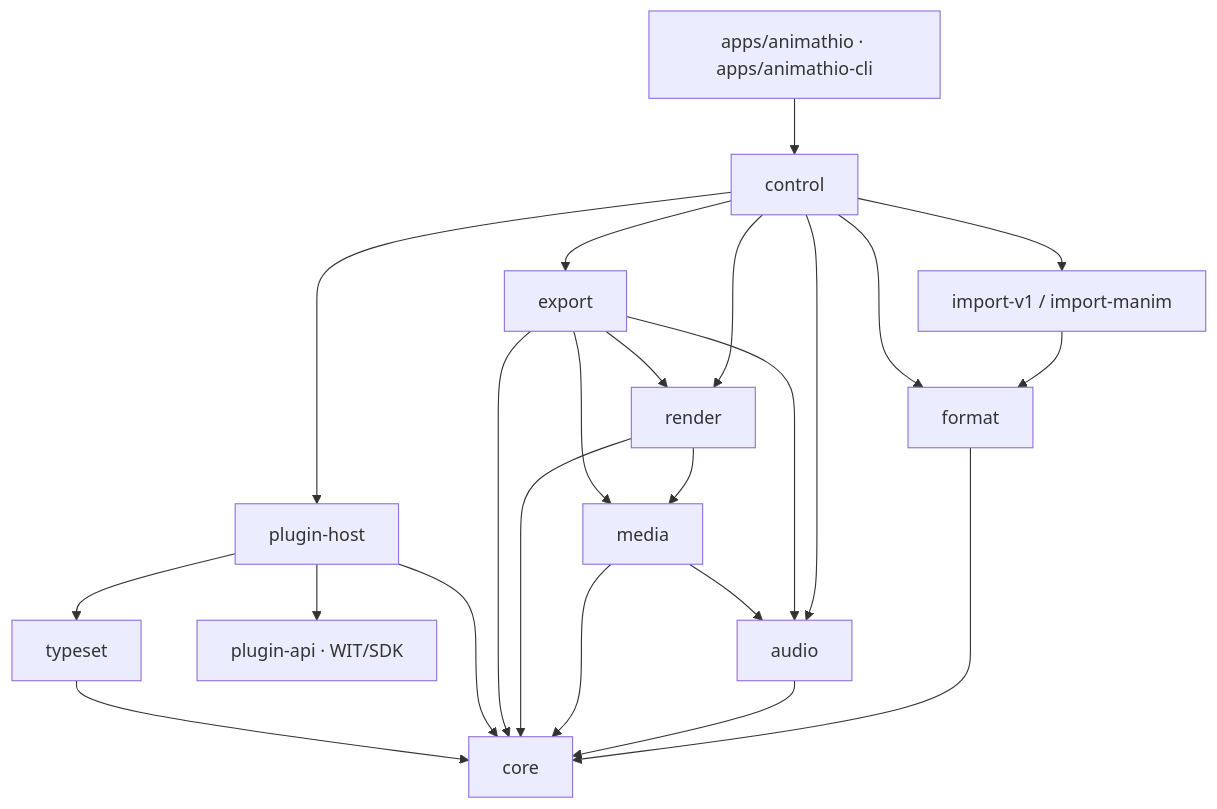
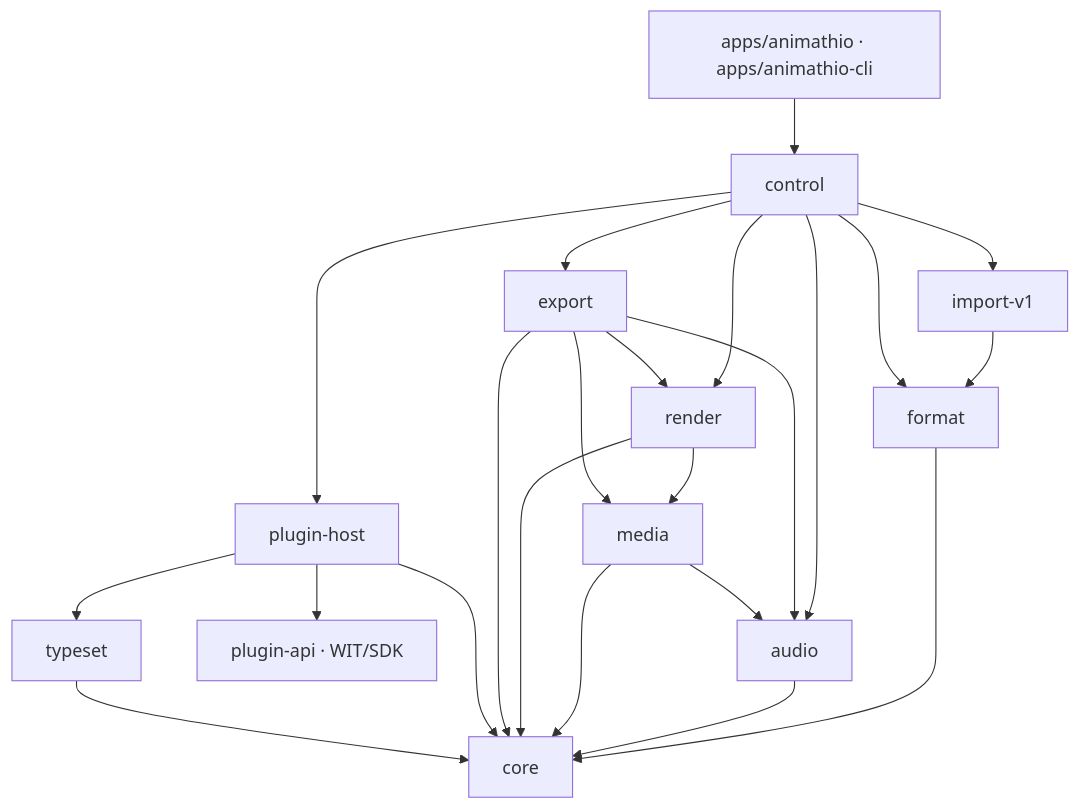
The first of 2 diagrams in docs/architecture.md (AniMathIO/AniMathIO), drawn with Mermaid before and after one commit. The commit also changed other lines of this file and 70 other files, not shown here.

````diff
--- a/docs/architecture.md
+++ b/docs/architecture.md
@@ -40,25 +40,25 @@
 ```mermaid
 flowchart TD
     UI[apps/animathio · apps/animathio-cli] --> CTL[control]
-    CTL --> IMP[import-v1 / import-manim]
+    CTL --> IMP[import-v1]
     CTL --> RENDER[render]
     CTL --> AUDIO[audio]
     CTL --> EXPORT[export]
     RENDER --> MEDIA[media]
     EXPORT --> RENDER
     EXPORT --> MEDIA
     EXPORT --> AUDIO
     MEDIA --> AUDIO
     IMP --> FORMAT[format]
     CTL --> FORMAT
     FORMAT --> CORE[core]
     AUDIO --> CORE
     MEDIA --> CORE
     RENDER --> CORE
     EXPORT --> CORE
     CTL --> HOST[plugin-host]
     HOST --> API[plugin-api · WIT/SDK]
     HOST --> TYPESET[typeset]
     HOST --> CORE
     TYPESET --> CORE
 ```
````
